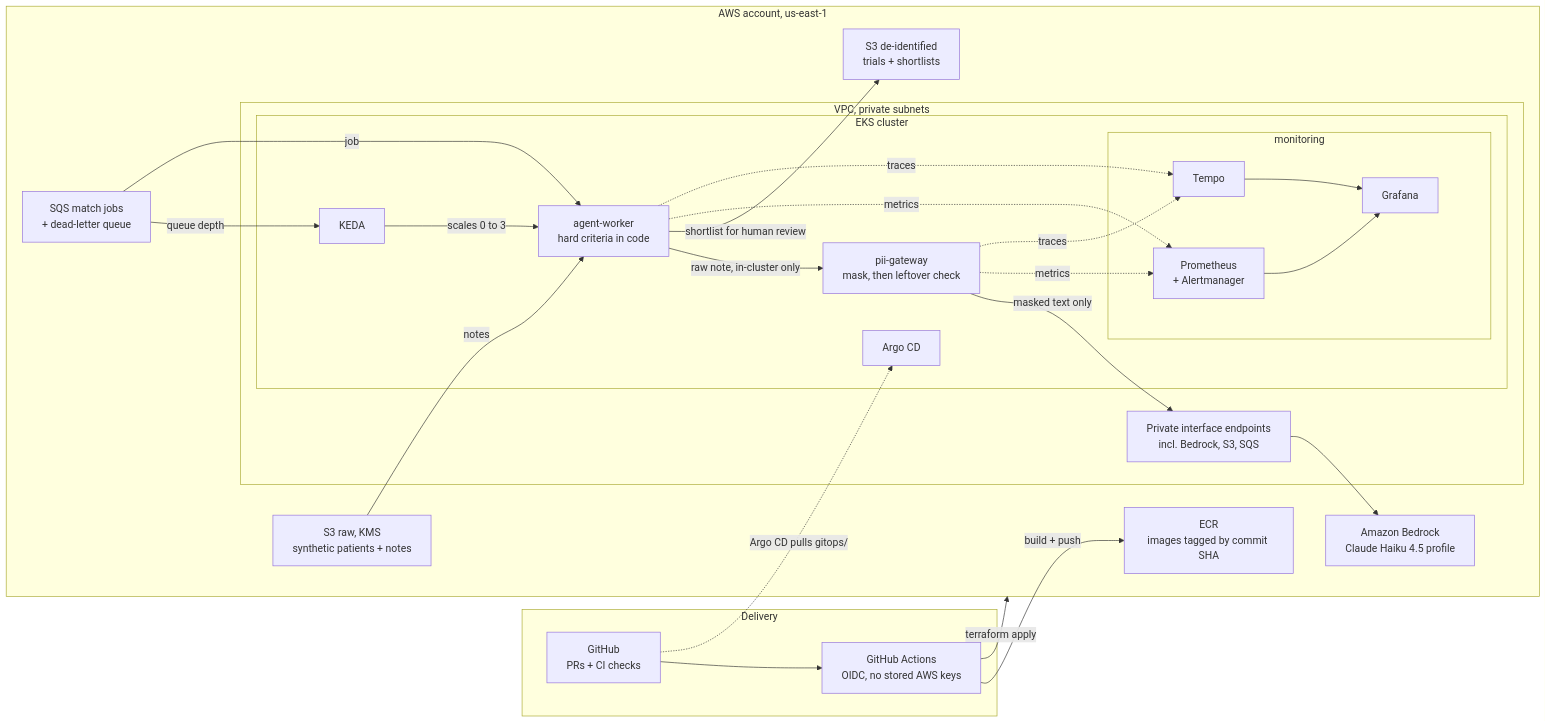
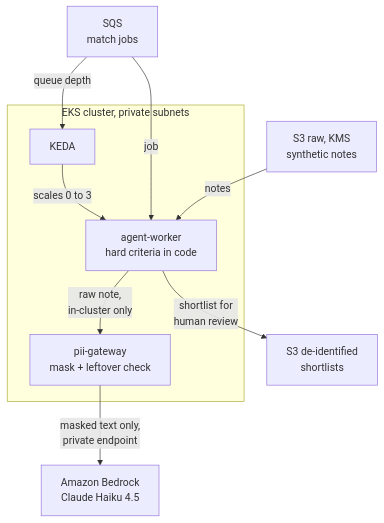
One commit to tonydwilliams616/clinical-trial-matching-llmops changed the first of 2 diagrams in README.md. Above: the diagram before and after it, drawn with Mermaid. The commit also changed other lines of this file, not shown here.

Commit message:
Split the architecture diagram into two readable flowcharts (#79)
* Split the architecture diagram into two readable flowcharts

* Draw the architecture diagrams top to bottom

---------

````diff
--- a/README.md
+++ b/README.md
@@ -9,48 +11,17 @@
 ```mermaid
-flowchart LR
-  subgraph delivery["Delivery"]
-    gh["GitHub<br/>PRs + CI checks"]
-    gha["GitHub Actions<br/>OIDC, no stored AWS keys"]
+flowchart TB
+  sqs["SQS<br/>match jobs"] -- "queue depth" --> keda["KEDA"]
+  keda -- "scales 0 to 3" --> worker
+  sqs -- "job" --> worker
+  raw["S3 raw, KMS<br/>synthetic notes"] -- "notes" --> worker
+
+  subgraph eks["EKS cluster, private subnets"]
+    keda
+    worker["agent-worker<br/>hard criteria in code"]
+    gw["pii-gateway<br/>mask + leftover check"]
   end
 
-  subgraph aws["AWS account, us-east-1"]
-    ecr["ECR<br/>images tagged by commit SHA"]
-    sqs["SQS match jobs<br/>+ dead-letter queue"]
-    raw["S3 raw, KMS<br/>synthetic patients + notes"]
-    deid["S3 de-identified<br/>trials + shortlists"]
-    bedrock["Amazon Bedrock<br/>Claude Haiku 4.5 profile"]
-
-    subgraph vpc["VPC, private subnets"]
-      vpce["Private interface endpoints<br/>incl. Bedrock, S3, SQS"]
-
-      subgraph eks["EKS cluster"]
-        argo["Argo CD"]
-        keda["KEDA"]
-        worker["agent-worker<br/>hard criteria in code"]
-        gw["pii-gateway<br/>mask, then leftover check"]
-
-        subgraph obs["monitoring"]
-          prom["Prometheus<br/>+ Alertmanager"]
-          tempo["Tempo"]
-          graf["Grafana"]
-        end
-      end
-    end
-  end
-
-  gh --> gha
-  gha -- "terraform apply" --> aws
-  gha -- "build + push" --> ecr
-  gh -. "Argo CD pulls gitops/" .-> argo
-  sqs -- "queue depth" --> keda
-  keda -- "scales 0 to 3" --> worker
-  sqs -- "job" --> worker
-  raw -- "notes" --> worker
-  worker -- "raw note, in-cluster only" --> gw
-  gw -- "masked text only" --> vpce
-  vpce --> bedrock
-  worker -- "shortlist for human review" --> deid
-  worker & gw -. "metrics" .-> prom
-  worker & gw -. "traces" .-> tempo
-  prom & tempo --> graf
+  worker -- "raw note,<br/>in-cluster only" --> gw
+  gw -- "masked text only,<br/>private endpoint" --> bedrock["Amazon Bedrock<br/>Claude Haiku 4.5"]
+  worker -- "shortlist for<br/>human review" --> deid["S3 de-identified<br/>shortlists"]
 ```
````
